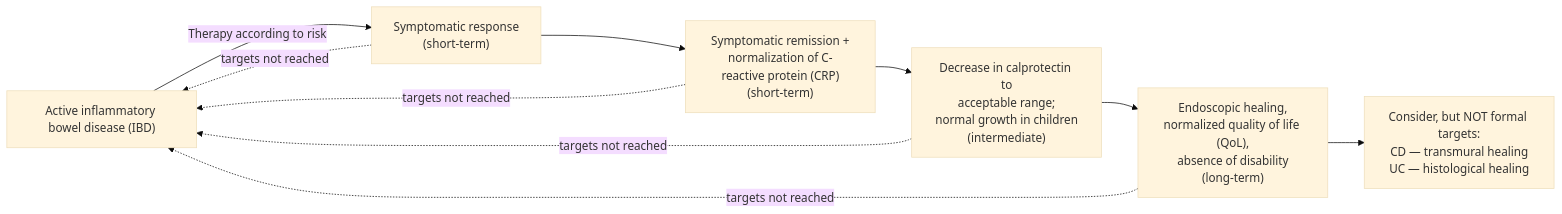
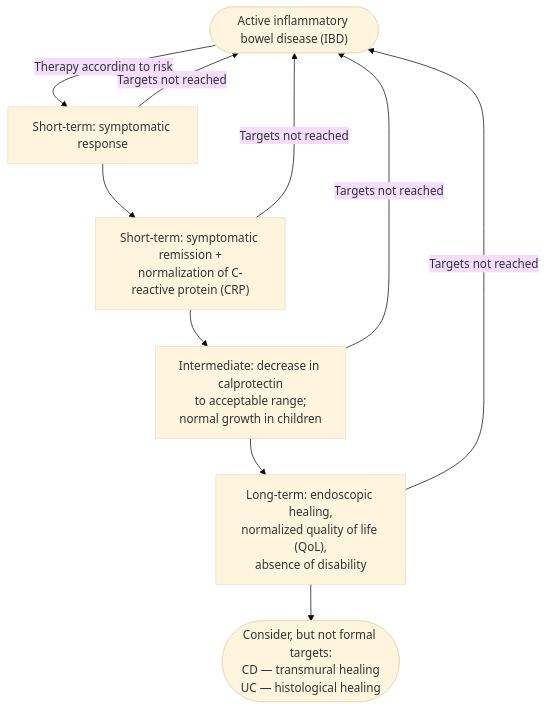
Before and after one commit to KHNickLeMD/KHNL-GI-Wiki: the diagram in KHNL-GI-Wiki/wiki/7-concepts/treat-to-target-ibd.md, drawn with Mermaid (base theme). The commit also changed other lines of this file and 14 other files, not shown here.

Commit message:
lint: quality review — treat-to-target-ibd, anal-fistula, semaglutide, chronic-constipation, li-rads-treatment-response (reviewed + verified); 5 source pages verified

````diff
--- a/KHNL-GI-Wiki/wiki/7-concepts/treat-to-target-ibd.md
+++ b/KHNL-GI-Wiki/wiki/7-concepts/treat-to-target-ibd.md
@@ -31,12 +33,15 @@
 ```mermaid
-flowchart LR
-    A["Active inflammatory bowel disease (IBD)"] -->|"Therapy according to risk"| B["Symptomatic response<br/>(short-term)"]
-    B --> C["Symptomatic remission +<br/>normalization of C-reactive protein (CRP)<br/>(short-term)"]
-    C --> D["Decrease in calprotectin to<br/>acceptable range;<br/>normal growth in children<br/>(intermediate)"]
-    D --> E["Endoscopic healing,<br/>normalized quality of life (QoL),<br/>absence of disability<br/>(long-term)"]
-    E --> F["Consider, but NOT formal targets:<br/>CD — transmural healing<br/>UC — histological healing"]
-    B -. "targets not reached" .-> A
-    C -. "targets not reached" .-> A
-    D -. "targets not reached" .-> A
-    E -. "targets not reached" .-> A
+flowchart TD
+    A(["Active inflammatory bowel disease (IBD)"]) -- "Therapy according to risk" --> B["Short-term: symptomatic response"]
+    B --> C["Short-term: symptomatic remission +<br/>normalization of C-reactive protein (CRP)"]
+    C --> D["Intermediate: decrease in calprotectin<br/>to acceptable range;<br/>normal growth in children"]
+    D --> E["Long-term: endoscopic healing,<br/>normalized quality of life (QoL),<br/>absence of disability"]
+    E --> F(["Consider, but not formal targets:<br/>CD — transmural healing<br/>UC — histological healing"])
+    B -- "Targets not reached" --> A
+    C -- "Targets not reached" --> A
+    D -- "Targets not reached" --> A
+    E -- "Targets not reached" --> A
+    class A start
+    class B,C,D,E test
+    class F stop
 ```
````
